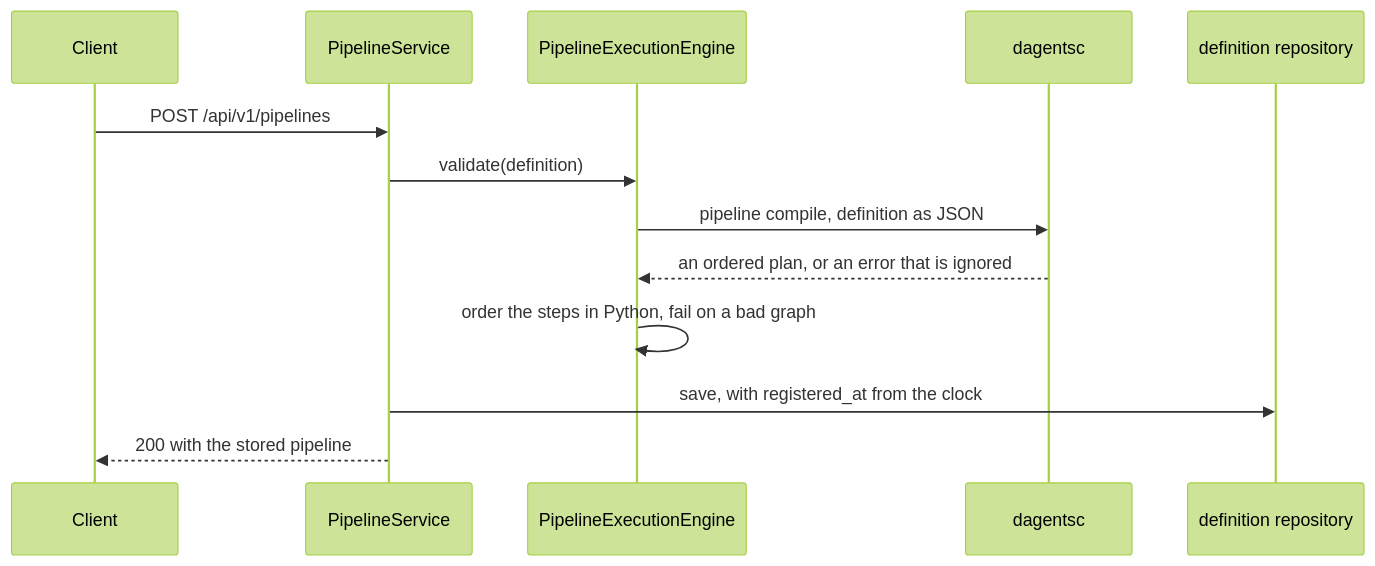
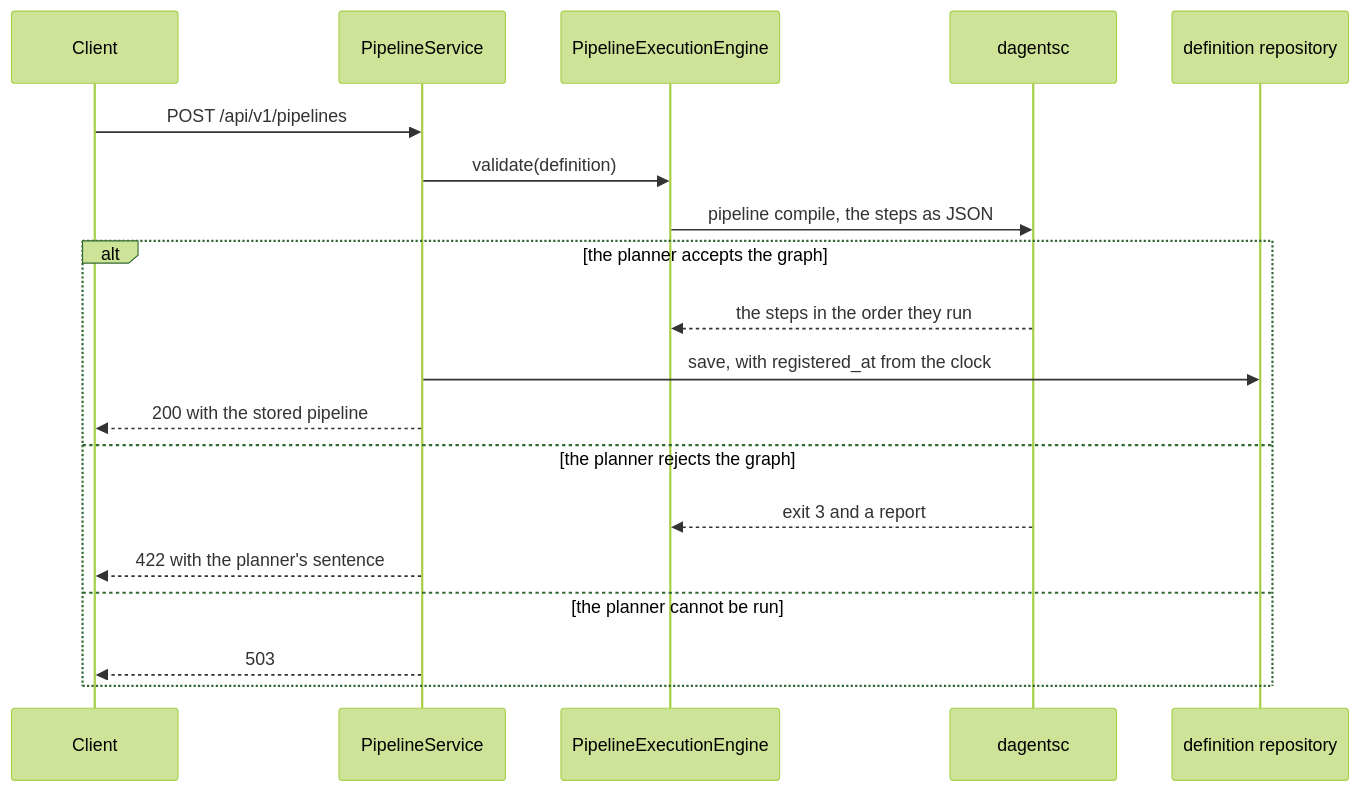
Before and after one commit to pradyunuydarp/Dagents: the fourth of 8 diagrams in docs/reference/api/framework-services.md, drawn with Mermaid (forest theme). The commit also changed other lines of this file and 36 other files, not shown here.

````diff
--- a/docs/reference/api/framework-services.md
+++ b/docs/reference/api/framework-services.md
@@ -326,15 +331,21 @@
 ```mermaid
 sequenceDiagram
     participant Client
     participant Service as PipelineService
     participant Engine as PipelineExecutionEngine
     participant Planner as dagentsc
     participant Repo as definition repository
     Client->>Service: POST /api/v1/pipelines
     Service->>Engine: validate(definition)
-    Engine->>Planner: pipeline compile, definition as JSON
-    Planner-->>Engine: an ordered plan, or an error that is ignored
-    Engine->>Engine: order the steps in Python, fail on a bad graph
-    Service->>Repo: save, with registered_at from the clock
-    Service-->>Client: 200 with the stored pipeline
+    Engine->>Planner: pipeline compile, the steps as JSON
+    alt the planner accepts the graph
+        Planner-->>Engine: the steps in the order they run
+        Service->>Repo: save, with registered_at from the clock
+        Service-->>Client: 200 with the stored pipeline
+    else the planner rejects the graph
+        Planner-->>Engine: exit 3 and a report
+        Service-->>Client: 422 with the planner's sentence
+    else the planner cannot be run
+        Service-->>Client: 503
+    end
 ```
````
